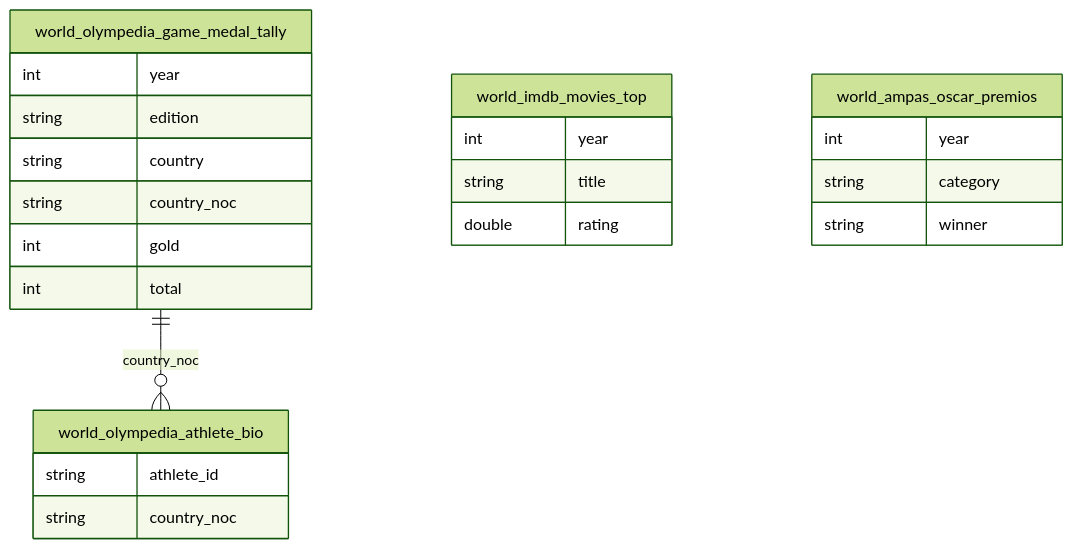
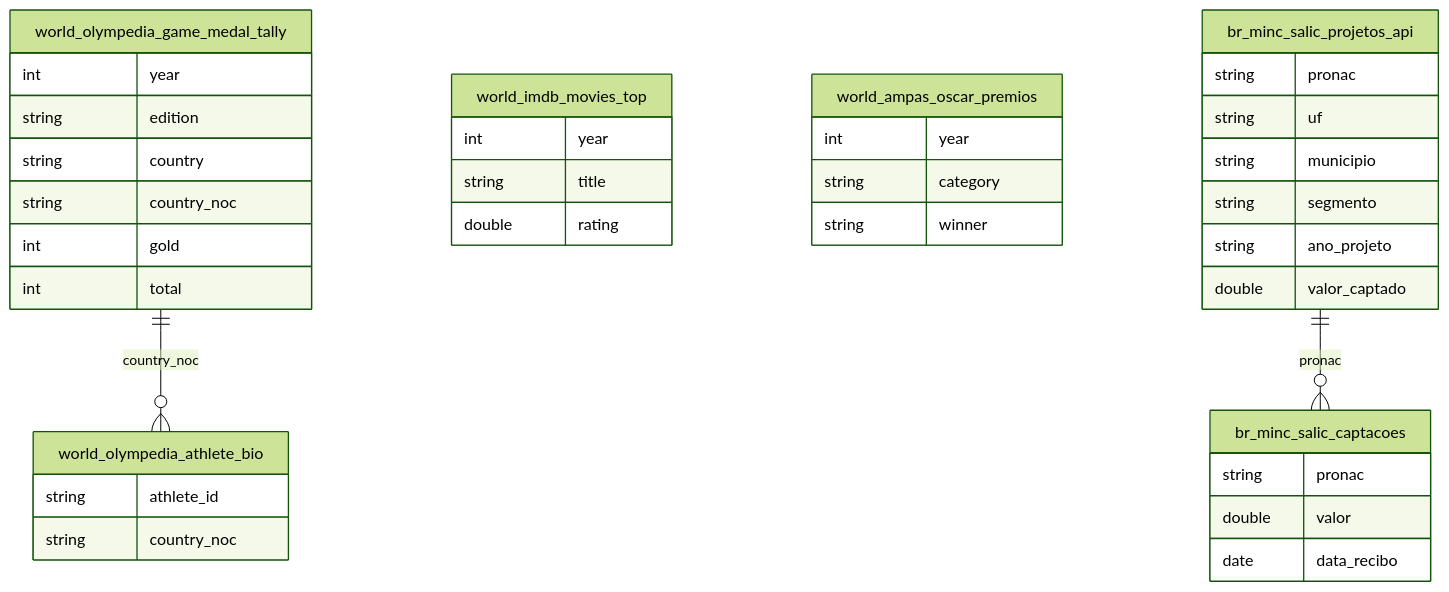
Before and after one commit to rafapolo/rodado: the diagram in docs/mapa/overview/43_cultura_esporte.md, drawn with Mermaid (forest theme). The commit also changed other lines of this file and 135 other files, not shown here.

````diff
--- a/docs/mapa/overview/43_cultura_esporte.md
+++ b/docs/mapa/overview/43_cultura_esporte.md
@@ -2,15 +2,25 @@
 ```mermaid
 erDiagram
     world_olympedia_game_medal_tally {
         int year
         string edition
         string country
         string country_noc
         int gold
         int total
     }
     world_olympedia_athlete_bio { string athlete_id string country_noc }
     world_imdb_movies_top { int year string title double rating }
     world_ampas_oscar_premios { int year string category string winner }
+    br_minc_salic_projetos_api {
+        string pronac
+        string uf
+        string municipio
+        string segmento
+        string ano_projeto
+        double valor_captado
+    }
+    br_minc_salic_captacoes { string pronac double valor date data_recibo }
     world_olympedia_game_medal_tally ||--o{ world_olympedia_athlete_bio : "country_noc"
+    br_minc_salic_projetos_api ||--o{ br_minc_salic_captacoes : "pronac"
 ```
````
